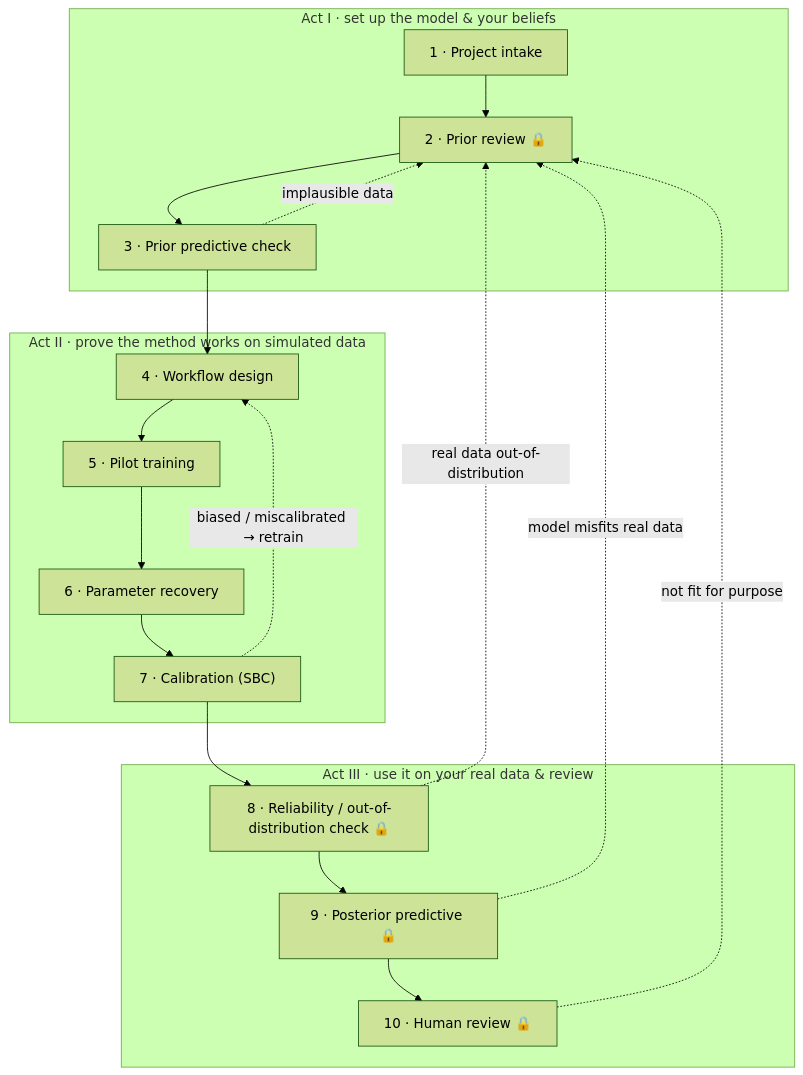
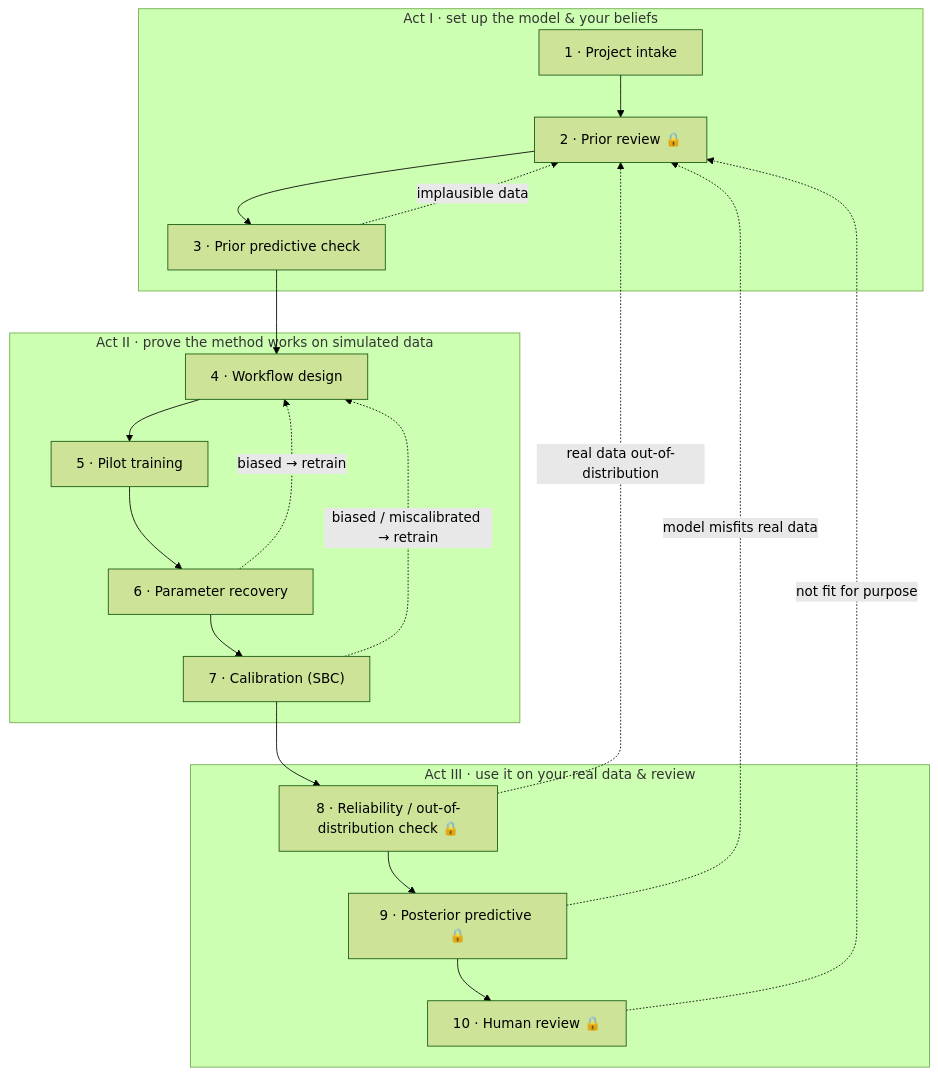
One commit to idem-lab/bayesflow-sbi-agent-kit changed the diagram in README.md. Above: the diagram before and after it, drawn with Mermaid (forest theme). The commit also changed 8 other files, not shown here.

````diff
--- a/README.md
+++ b/README.md
@@ -65,21 +65,22 @@
 ```mermaid
 flowchart TD
     subgraph ActI["Act I · set up the model &amp; your beliefs"]
         S1["1 · Project intake"] --> S2["2 · Prior review 🔒"] --> S3["3 · Prior predictive check"]
     end
     subgraph ActII["Act II · prove the method works on simulated data"]
         S4["4 · Workflow design"] --> S5["5 · Pilot training"] --> S6["6 · Parameter recovery"] --> S7["7 · Calibration #40;SBC#41;"]
     end
     subgraph ActIII["Act III · use it on your real data &amp; review"]
         S8["8 · Reliability / out-of-distribution check 🔒"] --> S9["9 · Posterior predictive 🔒"] --> S10["10 · Human review 🔒"]
     end
 
     S3 --> S4
     S7 --> S8
 
     S3 -.->|implausible data| S2
+    S6 -.->|biased → retrain| S4
     S7 -.->|biased / miscalibrated → retrain| S4
     S8 -.->|real data out-of-distribution| S2
     S9 -.->|model misfits real data| S2
     S10 -.->|not fit for purpose| S2
 ```
````
